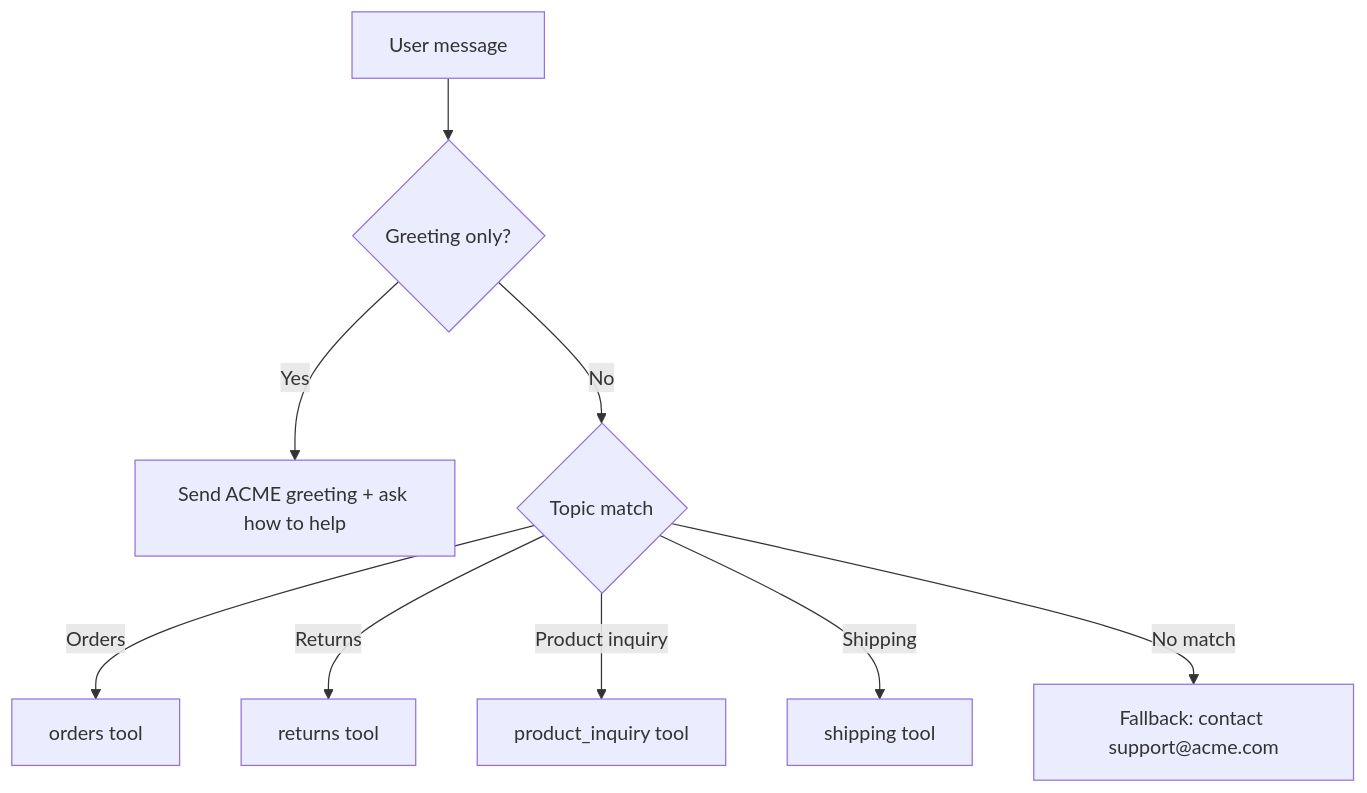
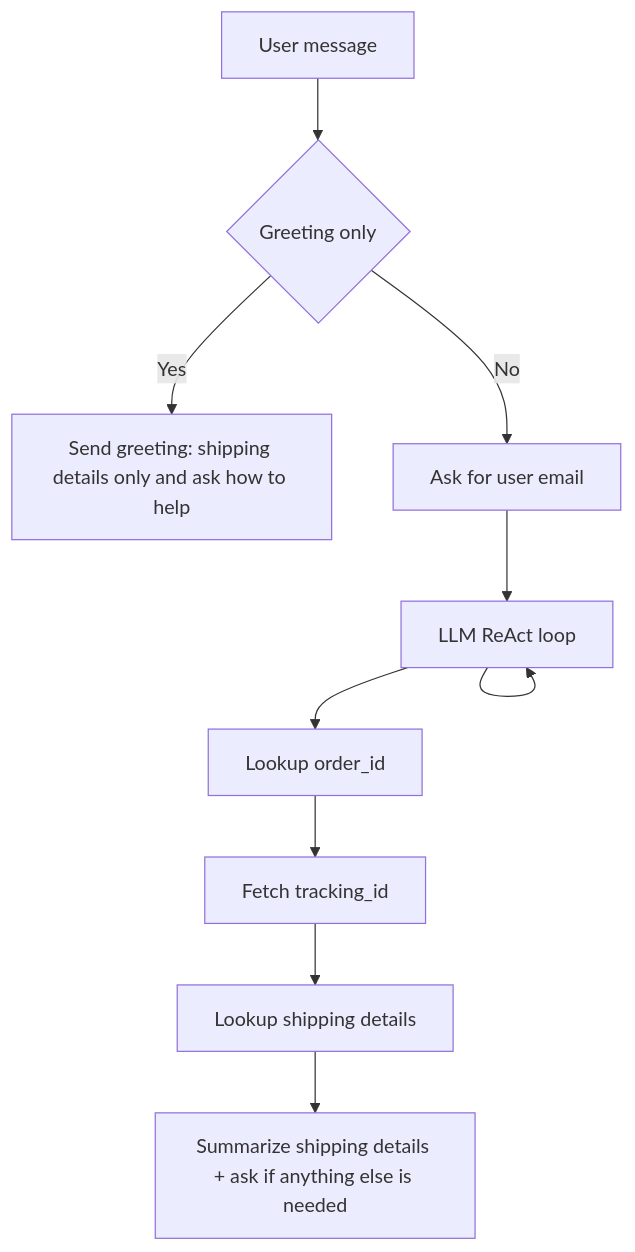
One commit to shahrukhx01/fullstack-agentic-engineering changed the diagram in docs/agentic-design-patterns/langgraph/react-agents.mdx. Above: the diagram before and after it, drawn with Mermaid. The commit also changed other lines of this file, not shown here.

````diff
--- a/docs/agentic-design-patterns/langgraph/react-agents.mdx
+++ b/docs/agentic-design-patterns/langgraph/react-agents.mdx
@@ -16,11 +15,12 @@
 ```mermaid
 flowchart TD
-    A[User message] --> B{Greeting only?}
-    B -- Yes --> C[Send ACME greeting + ask how to help]
-    B -- No --> D{Topic match}
-    D -- Orders --> E[orders tool]
-    D -- Returns --> F[returns tool]
-    D -- Product inquiry --> G[product_inquiry tool]
-    D -- Shipping --> H[shipping tool]
-    D -- No match --> I[Fallback: contact support@acme.com]
+    A[User message] --> B{Greeting only}
+    B -- Yes --> C[Send greeting: shipping details only and ask how to help]
+    B -- No --> D[Ask for user email]
+    D --> L[LLM ReAct loop]
+    L --> L
+    L --> E[Lookup order_id]
+    E --> F[Fetch tracking_id]
+    F --> G[Lookup shipping details]
+    G --> H[Summarize shipping details + ask if anything else is needed]
 ```
````
